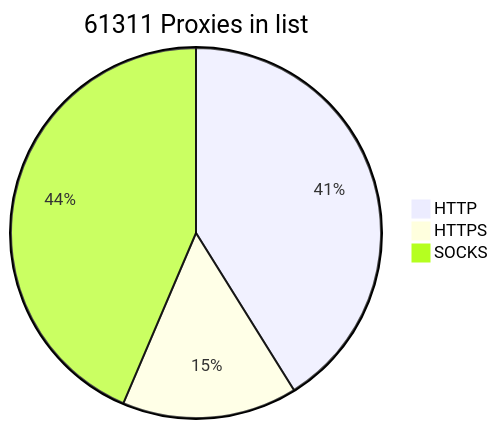
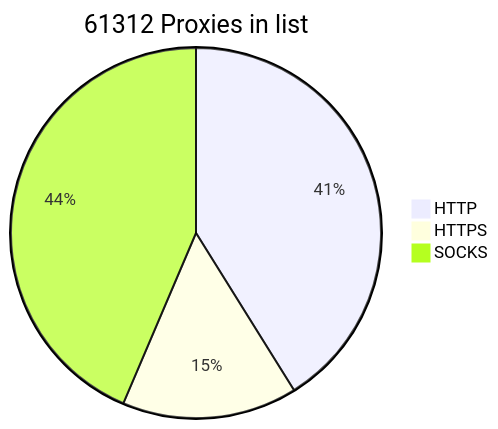
One commit to BlackSnowDot/proxylist-update-every-minute changed the diagram in README.md. Above: the diagram before and after it, drawn with Mermaid.

````diff
--- a/README.md
+++ b/README.md
@@ -2,6 +2,6 @@
 ```mermaid
-pie title 61311 Proxies in list
+pie title 61312 Proxies in list
     "HTTP" : 28656
     "HTTPS": 10655
-    "SOCKS" : 30366
+    "SOCKS" : 30367
 ```
````
